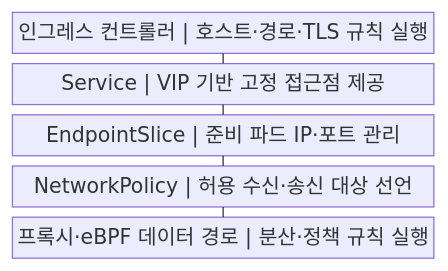
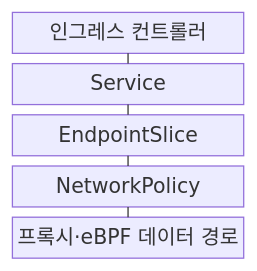
One commit to agnusdei1207/knowledge-base changed the first of 2 diagrams in src/content/docs/notes/04-network/062_kubernetes_networking.md. Above: the diagram before and after it, drawn with Mermaid. The commit also changed other lines of this file and 122 other files, not shown here.

````diff
--- a/src/content/docs/notes/04-network/062_kubernetes_networking.md
+++ b/src/content/docs/notes/04-network/062_kubernetes_networking.md
@@ -62,13 +62,13 @@
 ```mermaid
-block
+block-beta
     columns 1
-    A["인그레스 컨트롤러 | 호스트·경로·TLS 규칙 실행"]
-    B["Service | VIP 기반 고정 접근점 제공"]
-    C["EndpointSlice | 준비 파드 IP·포트 관리"]
-    D["NetworkPolicy | 허용 수신·송신 대상 선언"]
-    E["프록시·eBPF 데이터 경로 | 분산·정책 규칙 실행"]
+    A["인그레스 컨트롤러"]
+    B["Service"]
+    C["EndpointSlice"]
+    D["NetworkPolicy"]
+    E["프록시·eBPF 데이터 경로"]
     A --- B
     B --- C
     C --- D
     D --- E
 ```
````
